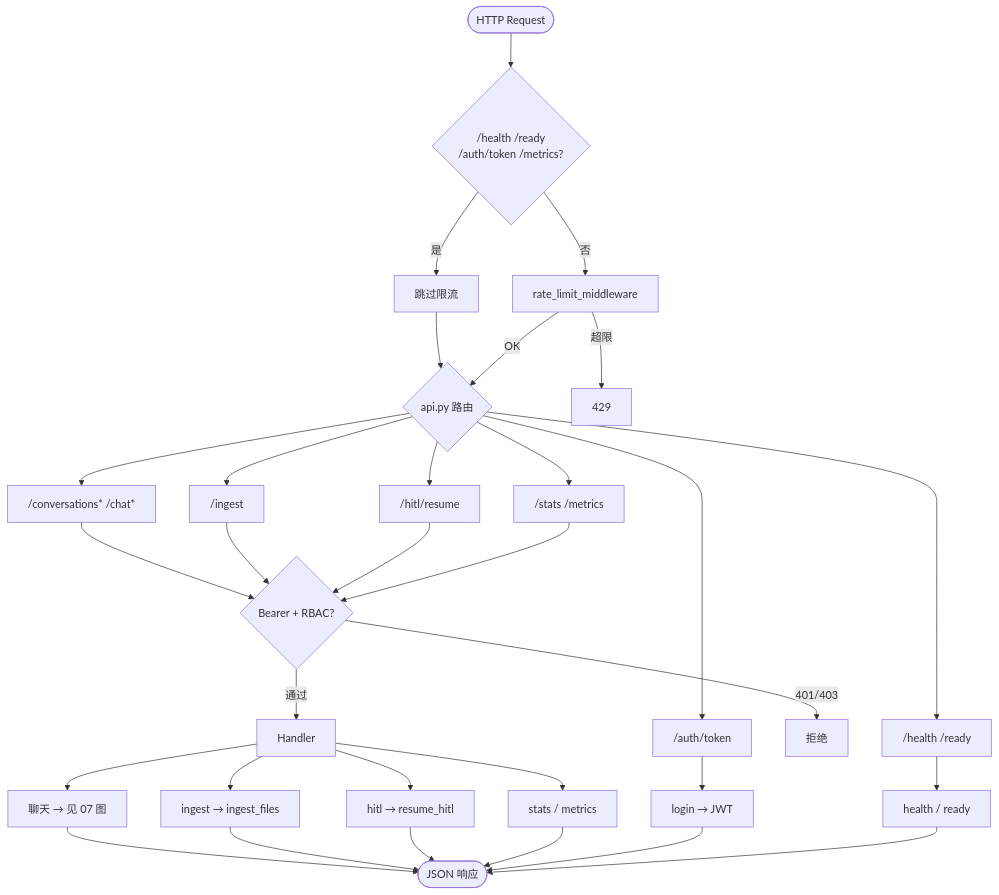
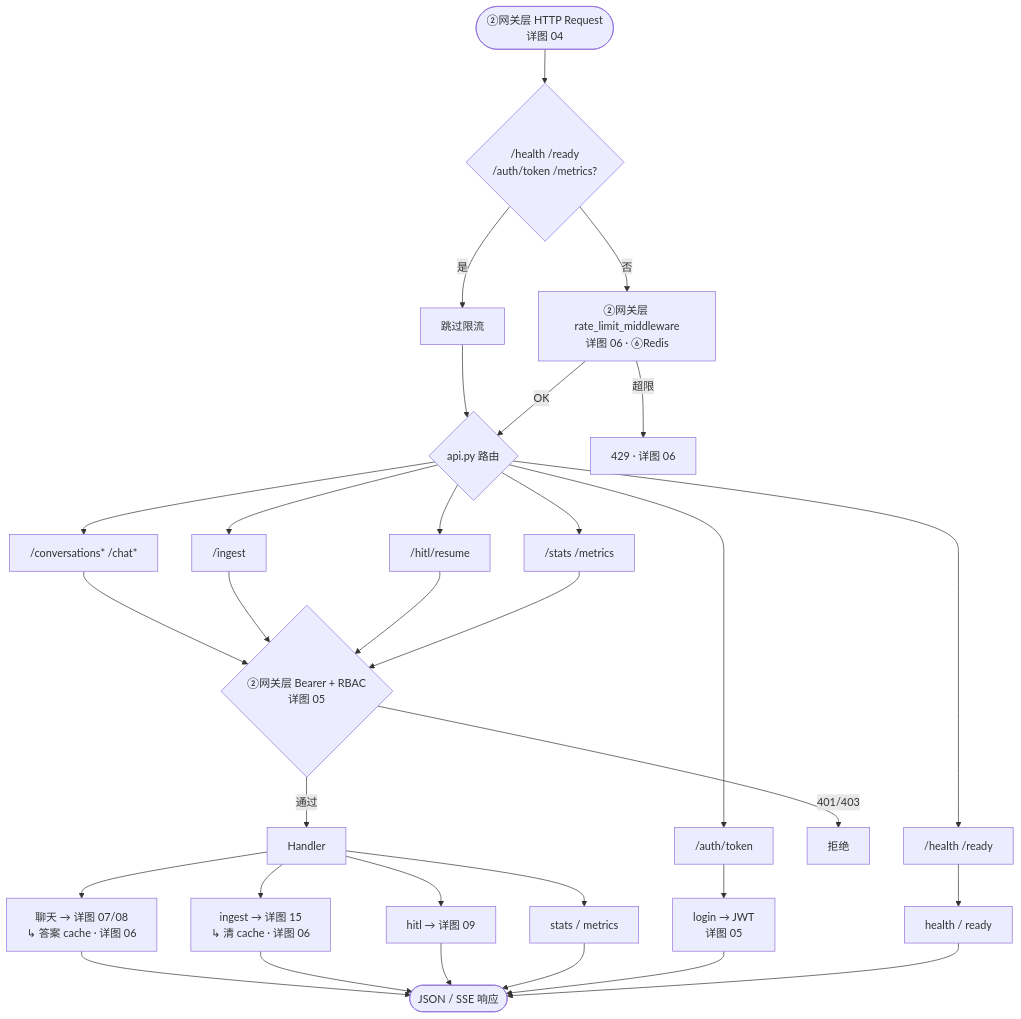
One commit to charlie-chann/ai-agent-langgraph-main changed the fifth of 23 diagrams in project_00_rag_agent/docs/architecture.md. Above: the diagram before and after it, drawn with Mermaid. The commit also changed other lines of this file and 14 other files, not shown here.

Commit message:
docs(project_00): 校准 HTTP gateway 源图与架构说明

````diff
--- a/project_00_rag_agent/docs/architecture.md
+++ b/project_00_rag_agent/docs/architecture.md
@@ -323,42 +325,44 @@
 ```mermaid
 flowchart TD
-    REQ([HTTP Request]) --> SKIP{/health /ready<br/>/auth/token /metrics?}
+    REQ(["②网关层 HTTP Request<br/>详图 04"]) --> SKIP{/health /ready<br/>/auth/token /metrics?}
     SKIP -->|是| PASS[跳过限流]
-    SKIP -->|否| RL[rate_limit_middleware]
+    SKIP -->|否| RL["②网关层 rate_limit_middleware<br/>详图 06 · ⑥Redis"]
 
     PASS --> ROUTE
-    RL -->|超限| E429[429]
+    RL -->|超限| E429[429 · 详图 06]
     RL -->|OK| ROUTE{api.py 路由}
 
     ROUTE --> AUTH["/auth/token"]
     ROUTE --> CHAT["/conversations* /chat*"]
     ROUTE --> INGEST["/ingest"]
     ROUTE --> HITL["/hitl/resume"]
     ROUTE --> OPS_PUB["/health /ready"]
     ROUTE --> OPS_AUTH["/stats /metrics"]
 
-    AUTH --> H1[login → JWT]
+    AUTH --> H1["login → JWT<br/>详图 05"]
 
     CHAT --> JWT
     INGEST --> JWT
     HITL --> JWT
     OPS_AUTH --> JWT
 
     OPS_PUB --> H_OPS[health / ready]
 
-    JWT{Bearer + RBAC?}
+    JWT{"②网关层 Bearer + RBAC<br/>详图 05"}
     JWT -->|401/403| ERR[拒绝]
     JWT -->|通过| H2[Handler]
 
-    H2 --> T1["聊天 → 见 07 图"]
-    H2 --> T2[ingest → ingest_files]
-    H2 --> T3[hitl → resume_hitl]
+    H2 --> T1["聊天 → 详图 07/08<br/>↳ 答案 cache · 详图 06"]
+    H2 --> T2["ingest → 详图 15<br/>↳ 清 cache · 详图 06"]
+    H2 --> T3["hitl → 详图 09"]
     H2 --> T4[stats / metrics]
 
-    T1 --> OUT([JSON 响应])
+    T1 --> OUT([JSON / SSE 响应])
     T2 --> OUT
     T3 --> OUT
     T4 --> OUT
     H1 --> OUT
     H_OPS --> OUT
+
+    %% ②网关层总览：限流·06 → 鉴权·05 → 路由 Handler；答案缓存在 07/08 调度层调用
 ```
````
